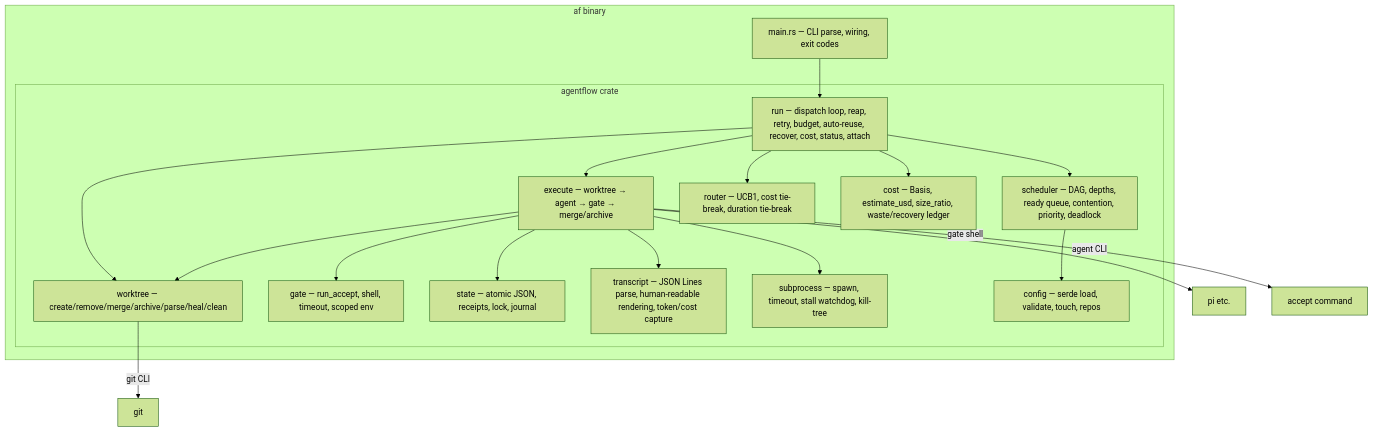
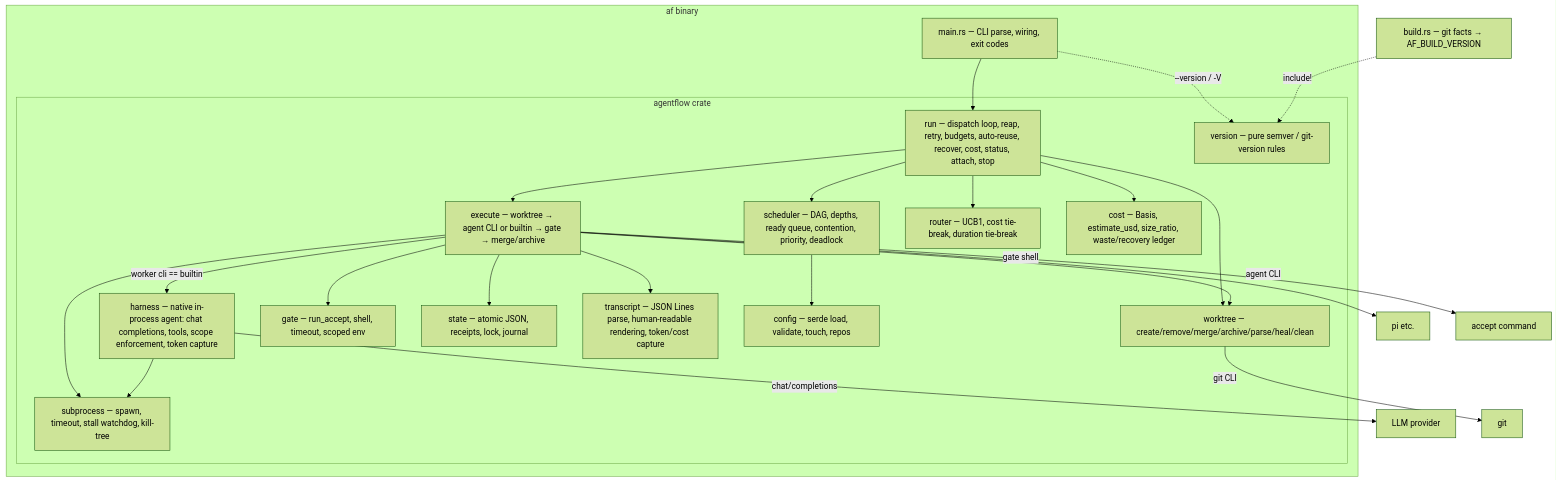
The diagram in docs/arc42/05-building-block-view.md (tobias-weiss-ai-xr/agentflow-public), drawn with Mermaid (forest theme) before and after one commit. The commit also changed other lines of this file and 1 other file, not shown here.

Commit message:
docs: rectify arc42 ch5 - add harness/version blocks, refresh LOC table, render whitebox PNG

````diff
--- a/docs/arc42/05-building-block-view.md
+++ b/docs/arc42/05-building-block-view.md
@@ -5,34 +5,42 @@
 ```mermaid
 flowchart TB
   subgraph af[af binary]
     M[main.rs — CLI parse, wiring, exit codes]
     subgraph lib[agentflow crate]
-      RUN[run — dispatch loop, reap, retry, budget, auto-reuse, recover, cost, status, attach]
-      EX[execute — worktree → agent → gate → merge/archive]
+      RUN[run — dispatch loop, reap, retry, budgets, auto-reuse, recover, cost, status, attach, stop]
+      EX[execute — worktree → agent CLI or builtin → gate → merge/archive]
+      HARNESS[harness — native in-process agent: chat completions, tools, scope enforcement, token capture]
       WT[worktree — create/remove/merge/archive/parse/heal/clean]
       G[gate — run_accept, shell, timeout, scoped env]
       ST[state — atomic JSON, receipts, lock, journal]
       SCH[scheduler — DAG, depths, ready queue, contention, priority, deadlock]
       RT[router — UCB1, cost tie-break, duration tie-break]
       COST[cost — Basis, estimate_usd, size_ratio, waste/recovery ledger]
       TX[transcript — JSON Lines parse, human-readable rendering, token/cost capture]
       SUB[subprocess — spawn, timeout, stall watchdog, kill-tree]
       CFG[config — serde load, validate, touch, repos]
+      VER[version — pure semver / git-version rules]
     end
   end
+  BUILD[build.rs — git facts → AF_BUILD_VERSION]
   M --> RUN
   RUN --> SCH
   RUN --> EX
   RUN --> RT
   RUN --> COST
   RUN --> WT
   EX --> WT
   EX --> G
   EX --> ST
   EX --> TX
   EX --> SUB
+  EX -->|worker cli == builtin| HARNESS
+  HARNESS -->|chat/completions| LLM[LLM provider]
+  HARNESS --> SUB
   SCH --> CFG
   WT -->|git CLI| GIT[git]
   EX -->|agent CLI| AGENT[pi etc.]
   EX -->|gate shell| GATE[accept command]
+  M -.->|--version / -V| VER
+  BUILD -. include! .-> VER
 ```
````
